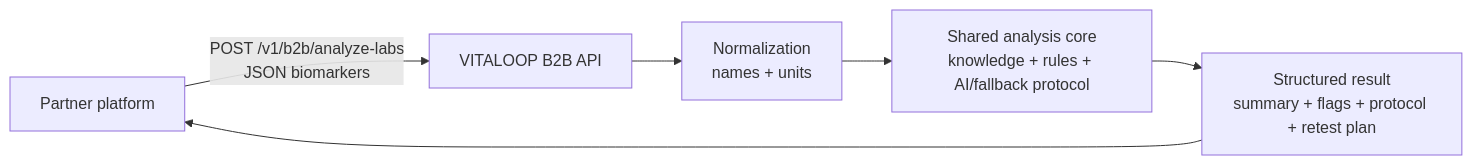
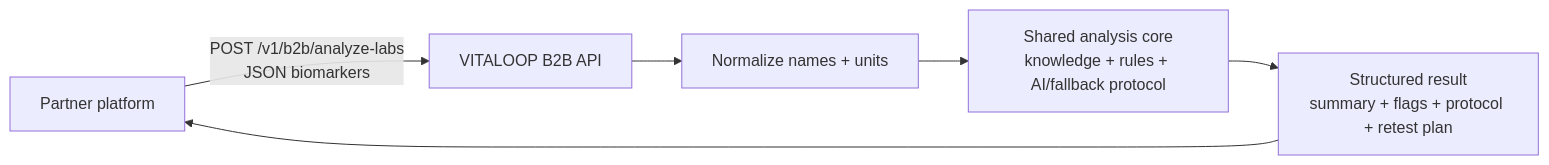
One commit to softdabtech/vitaloop changed the diagram in docs/partner-api-package/README.md. Above: the diagram before and after it, drawn with Mermaid. The commit also changed other lines of this file, not shown here.

````diff
--- a/docs/partner-api-package/README.md
+++ b/docs/partner-api-package/README.md
@@ -9,8 +11,8 @@
 ```mermaid
 flowchart LR
   A["Partner platform"] -->|"POST /v1/b2b/analyze-labs<br/>JSON biomarkers"| B["VITALOOP B2B API"]
-  B --> C["Normalization<br/>names + units"]
+  B --> C["Normalize names + units"]
   C --> D["Shared analysis core<br/>knowledge + rules + AI/fallback protocol"]
   D --> E["Structured result<br/>summary + flags + protocol + retest plan"]
   E --> A
 ```
````
